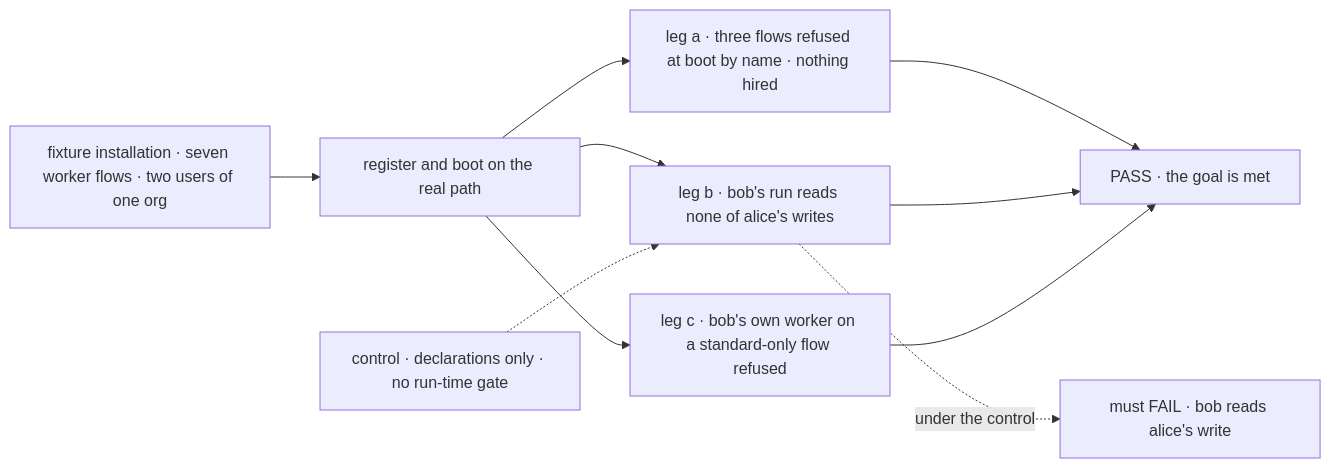
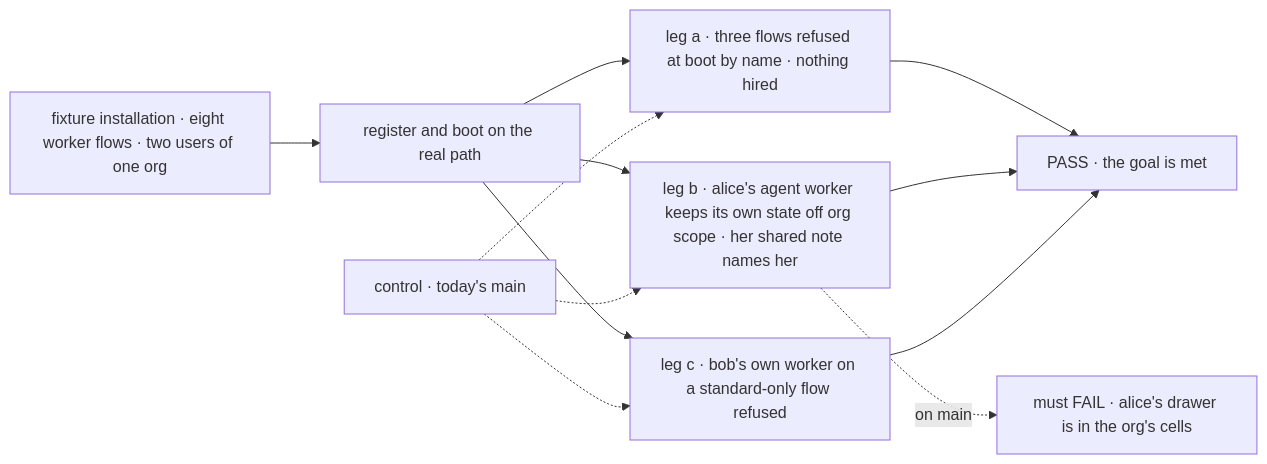
The first of 2 diagrams in specs/issues/FIX-1789/SPEC.md (fixpoint-labs/flow-state-dev), drawn with Mermaid before and after one commit. The commit also changed other lines of this file and 13 other files, not shown here.

````diff
--- a/specs/issues/FIX-1789/SPEC.md
+++ b/specs/issues/FIX-1789/SPEC.md
@@ -29,12 +30,14 @@
 ```mermaid
 flowchart LR
-  I["fixture installation · seven worker flows · two users of one org"] --> R["register and boot on the real path"]
+  I["fixture installation · eight worker flows · two users of one org"] --> R["register and boot on the real path"]
   R --> A["leg a · three flows refused at boot by name · nothing hired"]
-  R --> B["leg b · bob's run reads none of alice's writes"]
+  R --> B["leg b · alice's agent worker keeps its own state off org scope · her shared note names her"]
   R --> C["leg c · bob's own worker on a standard-only flow refused"]
   A --> P["PASS · the goal is met"]
   B --> P
   C --> P
-  X["control · declarations only · no run-time gate"] -.-> B
-  B -.->|"under the control"| F["must FAIL · bob reads alice's write"]
+  X["control · today's main"] -.-> A
+  X -.-> B
+  X -.-> C
+  B -.->|"on main"| F["must FAIL · alice's drawer is in the org's cells"]
 ```
````
